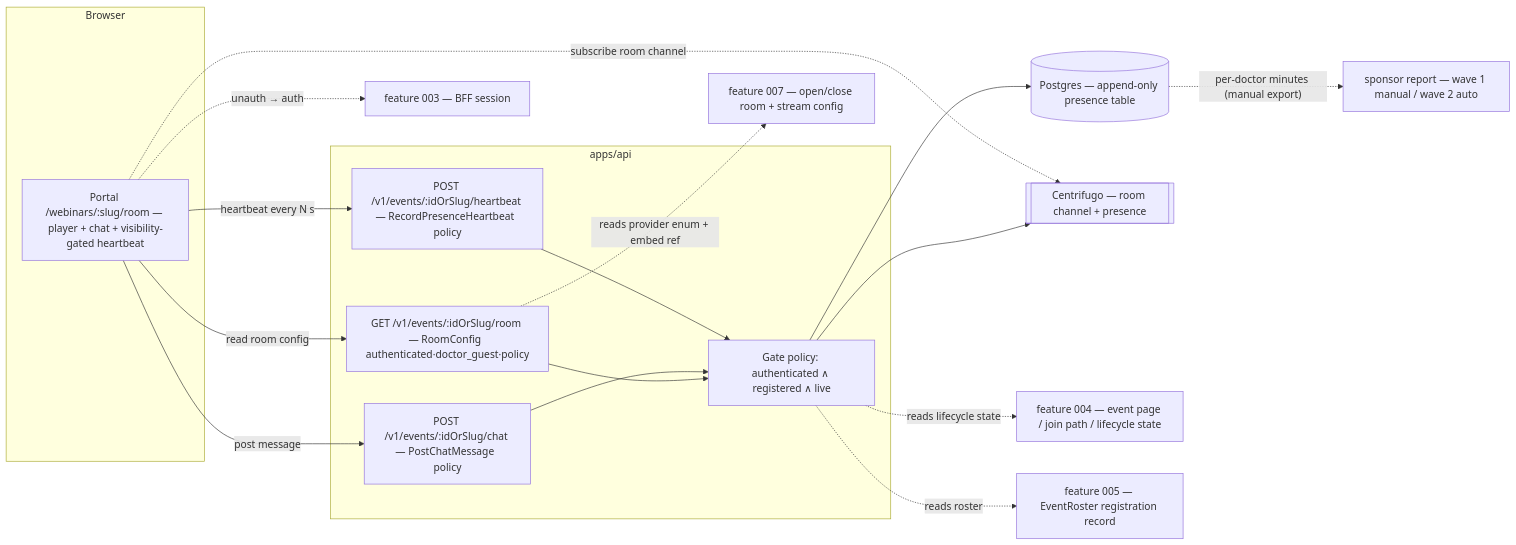
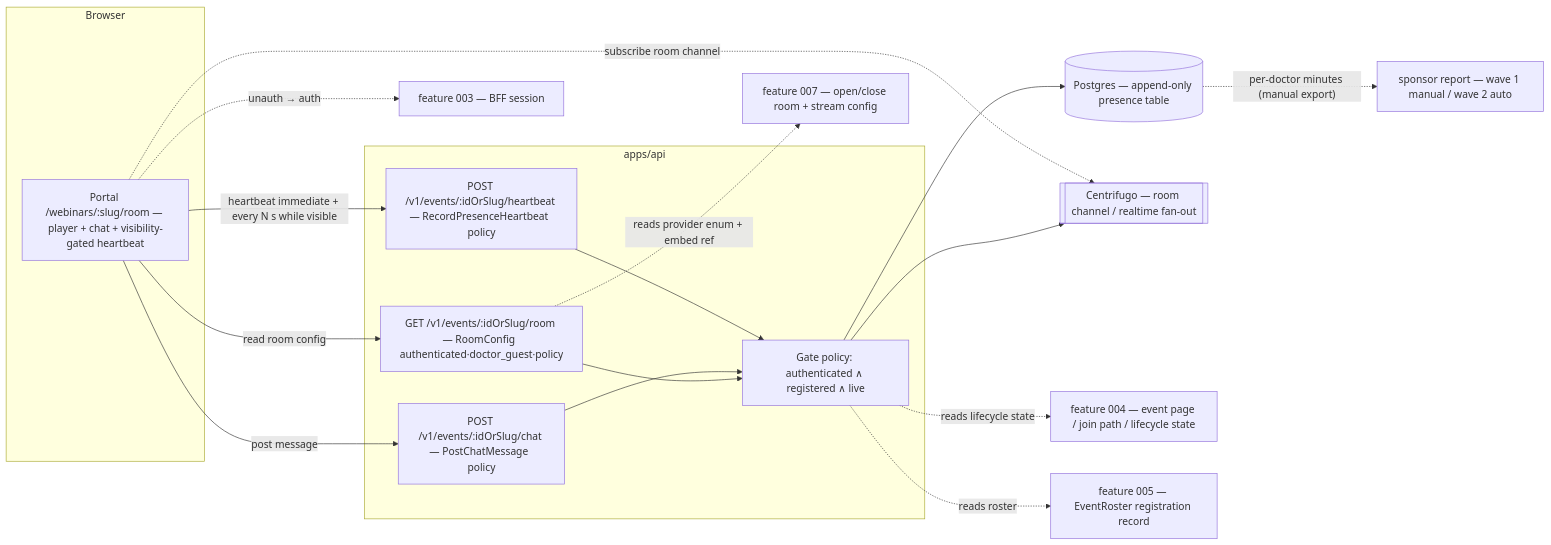
The first of 9 diagrams in apps/docs/content/specs/features/006-webinar-room/006-design.md (doctor-school/ds-platform), drawn with Mermaid before and after one commit. The commit also changed other lines of this file and 48 other files, not shown here.

````diff
--- a/apps/docs/content/specs/features/006-webinar-room/006-design.md
+++ b/apps/docs/content/specs/features/006-webinar-room/006-design.md
@@ -16,28 +16,28 @@
 ```mermaid
 flowchart LR
   subgraph Browser
     RM[Portal /webinars/:slug/room — player + chat + visibility-gated heartbeat]
   end
   subgraph apps_api[apps/api]
     Q1[GET /v1/events/:idOrSlug/room — RoomConfig  authenticated·doctor_guest·policy]
     C1[POST /v1/events/:idOrSlug/chat — PostChatMessage  policy]
     C2[POST /v1/events/:idOrSlug/heartbeat — RecordPresenceHeartbeat  policy]
     GATE[Gate policy: authenticated ∧ registered ∧ live]
   end
   PG[(Postgres — append-only presence table)]
-  CF[[Centrifugo — room channel + presence]]
+  CF[[Centrifugo — room channel / realtime fan-out]]
   AUTH[feature 003 — BFF session]
   P004[feature 004 — event page / join path / lifecycle state]
   P005[feature 005 — EventRoster registration record]
   W007[feature 007 — open/close room + stream config]
 
   RM -->|read room config| Q1 --> GATE
   RM -->|post message| C1 --> GATE --> CF
-  RM -->|heartbeat every N s| C2 --> GATE --> PG
+  RM -->|heartbeat immediate + every N s while visible| C2 --> GATE --> PG
   GATE -. reads roster .-> P005
   GATE -. reads lifecycle state .-> P004
   Q1 -. reads provider enum + embed ref .-> W007
   RM -. subscribe room channel .-> CF
   RM -. unauth → auth .-> AUTH
   PG -. per-doctor minutes (manual export) .-> RPT[sponsor report — wave 1 manual / wave 2 auto]
 ```
````
